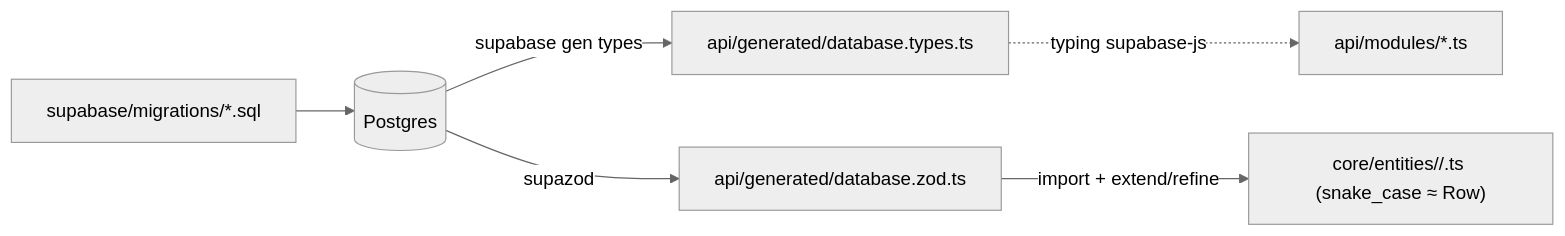
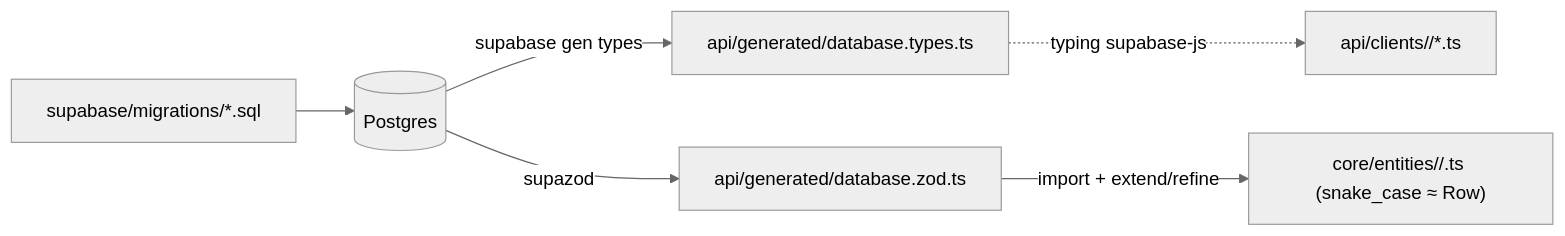
One commit to gaisdav/wlist changed the third of 6 diagrams in docs/architecture.md. Above: the diagram before and after it, drawn with Mermaid (neutral theme). The commit also changed other lines of this file and 6 other files, not shown here.

````diff
--- a/docs/architecture.md
+++ b/docs/architecture.md
@@ -352,8 +350,8 @@
 ```mermaid
 flowchart LR
   Migrate["supabase/migrations/*.sql"] --> DB[(Postgres)]
   DB -- supabase gen types --> Types["api/generated/database.types.ts"]
   DB -- supazod --> Zod["api/generated/database.zod.ts"]
   Zod -- import + extend/refine --> Ent["core/entities/<name>/<name>.ts (snake_case ≈ Row)"]
-  Types -. typing supabase-js .-> Modules["api/modules/*.ts"]
+  Types -. typing supabase-js .-> Clients["api/clients/<domain>/*.ts"]
 ```
````
